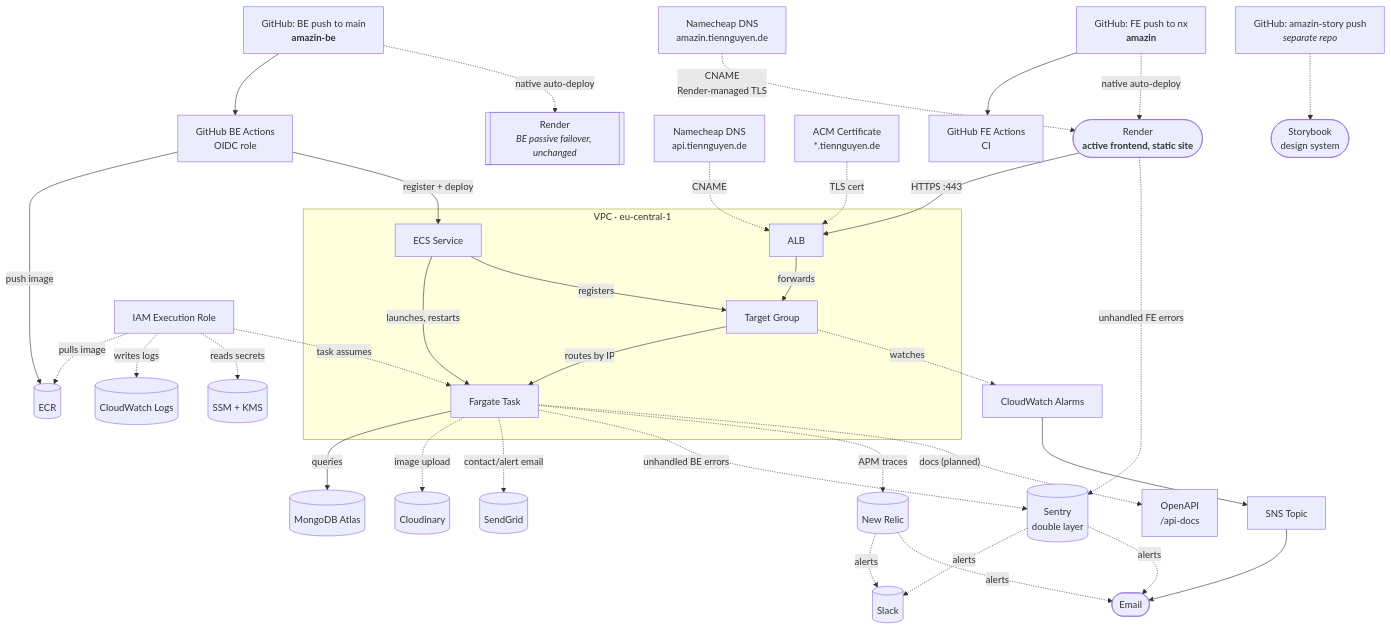
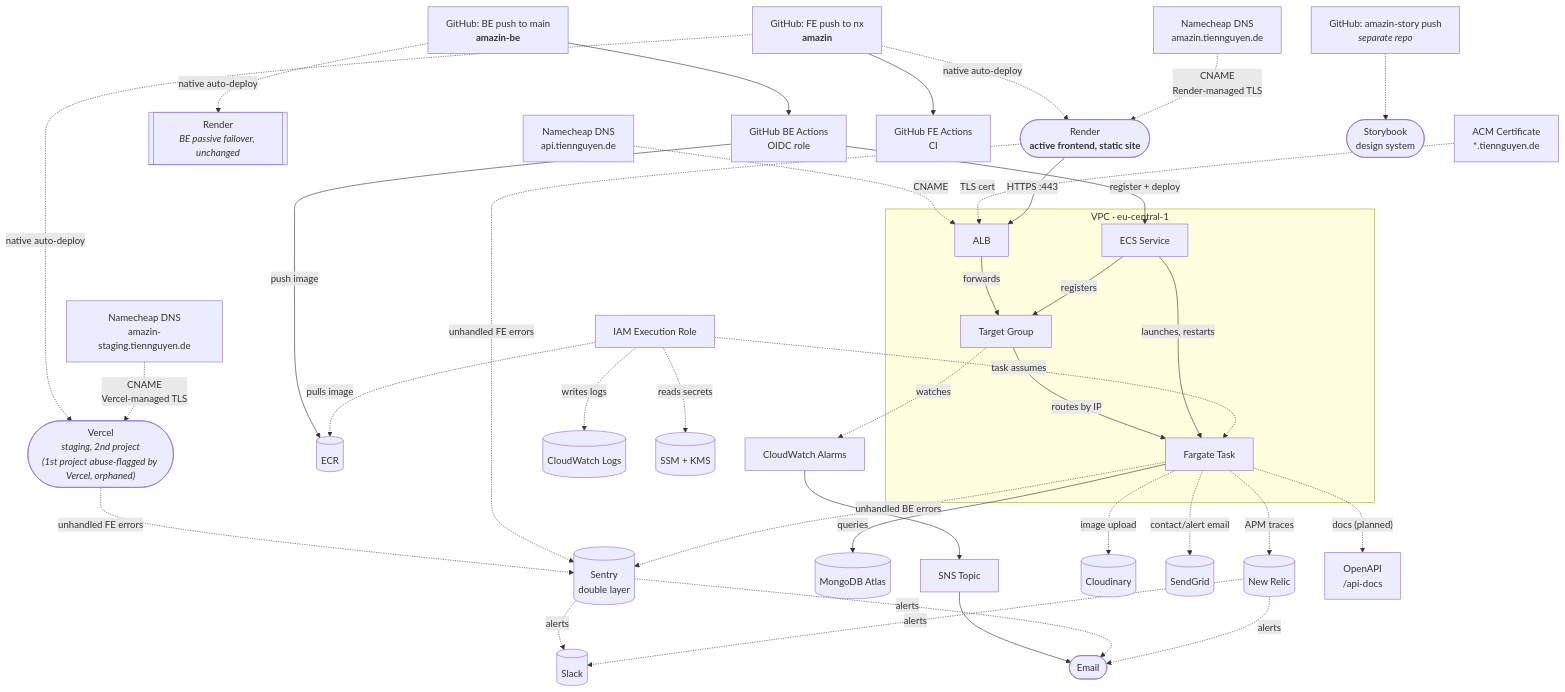
The diagram in README.md (ntrix/amazin), drawn with Mermaid before and after one commit.

Commit message:
docs(readme): add Vercel staging deployment to architecture diagram
New project only (the original ntrix/amazin Vercel project is
abuse-flagged and can no longer add domains at all - confirmed via
the dashboard's own "could not create domain" error, not assumed).
Kept fully separate from the Render production path.

````diff
--- a/README.md
+++ b/README.md
@@ -112,52 +112,55 @@
 ```mermaid
 flowchart TB
   GitHubBE["GitHub: BE push to main<br/><b>amazin-be</b>"] --> ActionsBE["GitHub BE Actions<br/>OIDC role"]
   ActionsBE -->|"push image"| ECR[("ECR")]
   ActionsBE -->|"register + deploy"| Service
   GitHubBE -.->|"native auto-deploy"| Render
 
   DNS["Namecheap DNS<br/>api.tiennguyen.de"] -. CNAME .-> ALB
   ACM["ACM Certificate<br/>*.tiennguyen.de"] -. "TLS cert" .-> ALB
 
   GitHubFE["GitHub: FE push to nx<br/><b>amazin</b>"] --> ActionsFE["GitHub FE Actions<br/>CI"]
   GitHubFE -.->|"native auto-deploy"| RenderFE(["Render<br/><b>active frontend, static site</b>"])
   DNSFE["Namecheap DNS<br/>amazin.tiennguyen.de"] -. "CNAME<br/>Render-managed TLS" .-> RenderFE
   RenderFE -->|"HTTPS :443"| ALB["ALB"]
+  GitHubFE -.->|"native auto-deploy"| VercelStaging(["Vercel<br/><i>staging, 2nd project<br/>(1st project abuse-flagged by Vercel, orphaned)</i>"])
+  DNSStaging["Namecheap DNS<br/>amazin-staging.tiennguyen.de"] -. "CNAME<br/>Vercel-managed TLS" .-> VercelStaging
+  VercelStaging -. "unhandled FE errors" .-> Sentry
   ALB -->|forwards| TG["Target Group"]
   TG -->|"routes by IP"| Task["Fargate Task"]
   Task -->|queries| Mongo[("MongoDB Atlas")]
   Service["ECS Service"] -->|"launches, restarts"| Task
   Service -->|registers| TG
   RenderFE -. "unhandled FE errors" .-> Sentry
 
   Role["IAM Execution Role"] -. "task assumes" .-> Task
   Role -. "pulls image" .-> ECR
   Role -. "writes logs" .-> Logs[("CloudWatch Logs")]
   Role -. "reads secrets" .-> SSM[("SSM + KMS")]
 
   TG -. watches .-> Alarms["CloudWatch Alarms"]
   Alarms --> SNS["SNS Topic"]
   SNS --> Email([Email])
 
   Task -. "image upload" .-> Cloudinary[("Cloudinary")]
   Task -. "contact/alert email" .-> SendGrid[("SendGrid")]
 
   Sentry -. alerts .-> Slack[("Slack")]
   Sentry -. alerts .-> Email
   NewRelic -. alerts .-> Slack
   NewRelic -. alerts .-> Email
   Task -. "unhandled BE errors" .-> Sentry[("Sentry<br>double layer")]
   Task -. "APM traces" .-> NewRelic[("New Relic")]
   Task -. "docs (planned)" .-> OpenAPI["OpenAPI<br>/api-docs"]
 
   GitHubStory["GitHub: amazin-story push<br/><i>separate repo</i>"] -.-> Storybook(["Storybook<br/>design system"])
 
   Render[["Render<br/><i>BE passive failover, unchanged</i>"]]
 
   subgraph VPC["VPC · eu-central-1"]
     ALB
     TG
     Task
     Service
   end
 ```
````
